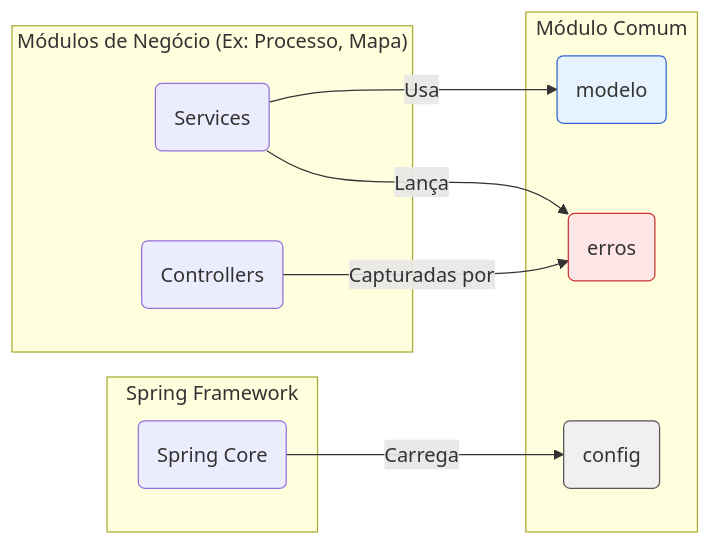
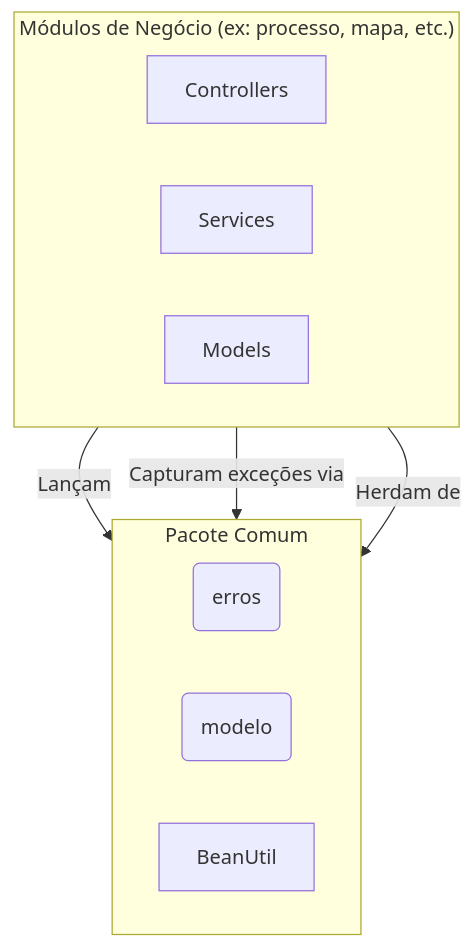
The diagram in backend/src/main/java/sgc/comum/README.md (lgalvao/sgc), drawn with Mermaid before and after one commit. The commit also changed other lines of this file and 603 other files, not shown here.

````diff
--- a/backend/src/main/java/sgc/comum/README.md
+++ b/backend/src/main/java/sgc/comum/README.md
@@ -15,27 +11,20 @@
 ```mermaid
-graph LR
-    subgraph "Módulos de Negócio (Ex: Processo, Mapa)"
-        A(Services)
-        B(Controllers)
+graph TD
+    subgraph "Módulos de Negócio (ex: processo, mapa, etc.)"
+        direction LR
+        Controllers
+        Services
+        Models
     end
 
-    subgraph "Módulo Comum"
-        C(modelo)
-        D(erros)
-        E(config)
+    subgraph "Pacote Comum"
+        direction LR
+        Erros(erros)
+        ModeloBase(modelo)
+        BeanUtil
     end
 
-    A -- Usa --> C
-    A -- Lança --> D
-    B -- Capturadas por --> D
-
-    subgraph "Spring Framework"
-        G(Spring Core)
-    end
-
-    G -- Carrega --> E
-
-    style C fill:#e6f3ff,stroke:#36c
-    style D fill:#ffe6e6,stroke:#c33
-    style E fill:#f0f0f0,stroke:#555
+    Services -- Lançam --> Erros
+    Controllers -- Capturam exceções via --> Erros
+    Models -- Herdam de --> ModeloBase
 ```
````
